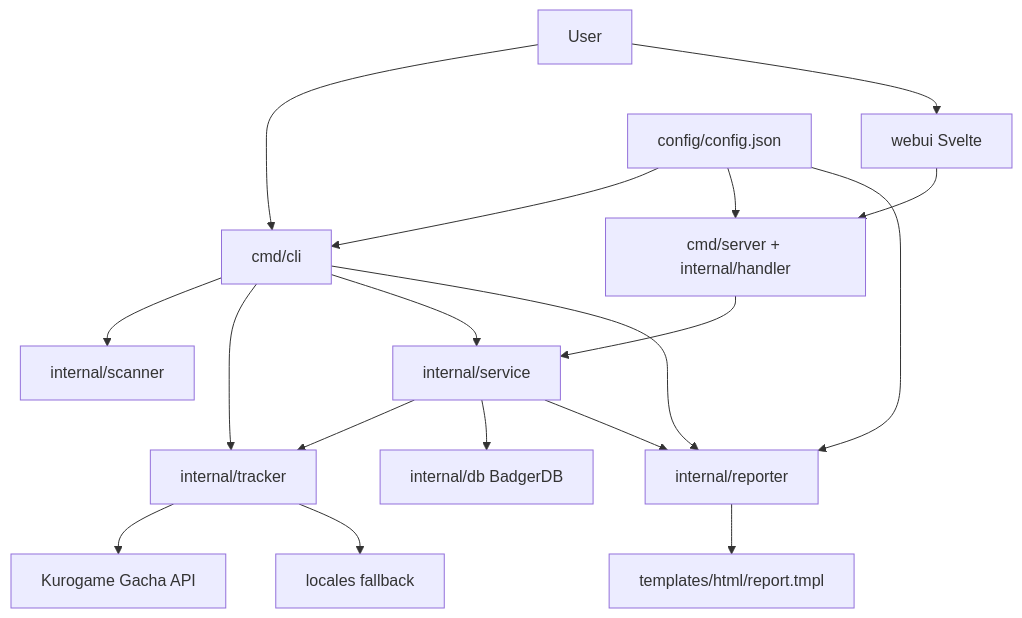
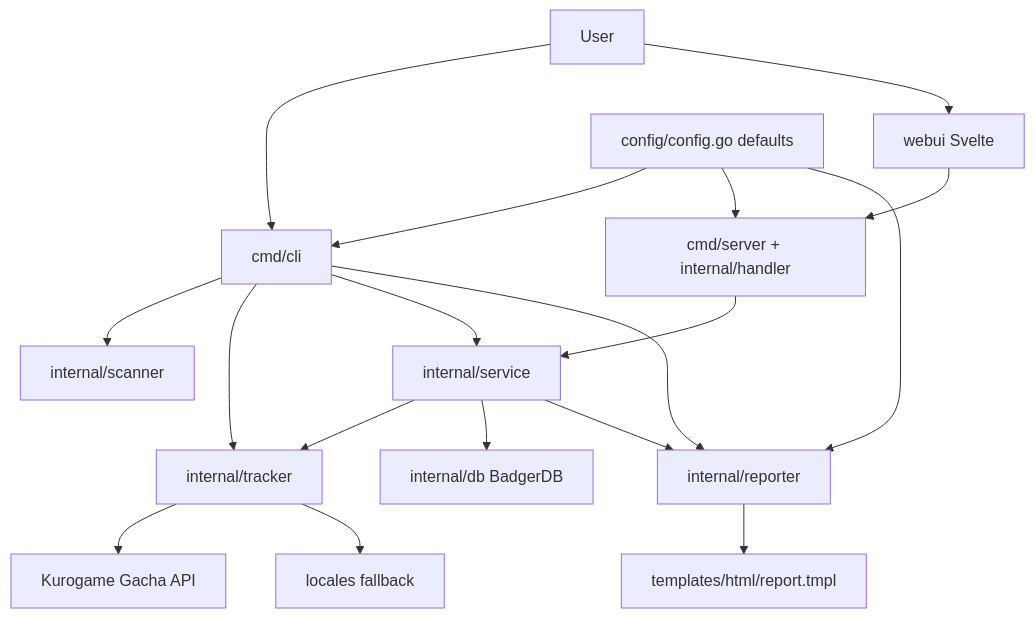
Before and after one commit to meteormin/wuwa-tracker: the first of 3 diagrams in DESIGN.md, drawn with Mermaid. The commit also changed other lines of this file and 15 other files, not shown here.

Commit message:
refactor: centralize runtime config defaults

````diff
--- a/DESIGN.md
+++ b/DESIGN.md
@@ -14,20 +14,20 @@
 ```mermaid
 flowchart TD
     User["User"] --> CLI["cmd/cli"]
     User --> UI["webui Svelte"]
     CLI --> Scanner["internal/scanner"]
     CLI --> Tracker["internal/tracker"]
     CLI --> Service["internal/service"]
     CLI --> Reporter["internal/reporter"]
     UI --> API["cmd/server + internal/handler"]
     API --> Service
     Service --> Tracker
     Service --> DB["internal/db BadgerDB"]
     Service --> Reporter
     Tracker --> RemoteAPI["Kurogame Gacha API"]
     Tracker --> Locales["locales fallback"]
     Reporter --> Templates["templates/html/report.tmpl"]
-    Config["config/config.json"] --> CLI
+    Config["config/config.go defaults"] --> CLI
     Config --> API
     Config --> Reporter
 ```
````
